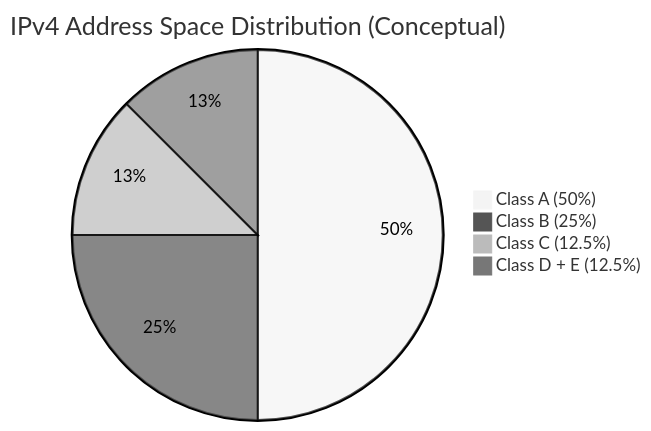
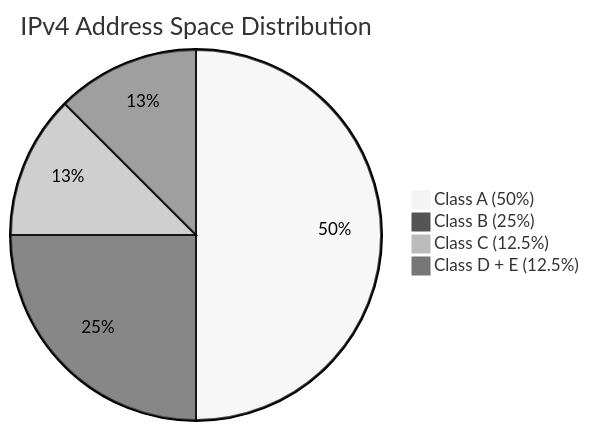
One commit to manishkumar8312/CS-Fundamentals changed the second of 14 diagrams in Computer Network/Ch 05 - Network Layer.md. Above: the diagram before and after it, drawn with Mermaid (neutral theme).

Commit message:
Fix pie chart title in IPv4 Address Space Distribution

````diff
--- a/Computer Network/Ch 05 - Network Layer.md
+++ b/Computer Network/Ch 05 - Network Layer.md
@@ -49,7 +49,7 @@
 ```mermaid
-pie title IPv4 Address Space Distribution (Conceptual)
+pie title IPv4 Address Space Distribution
     "Class A (50%)" : 50
     "Class B (25%)" : 25
     "Class C (12.5%)" : 12.5
     "Class D + E (12.5%)" : 12.5
 ```
````
